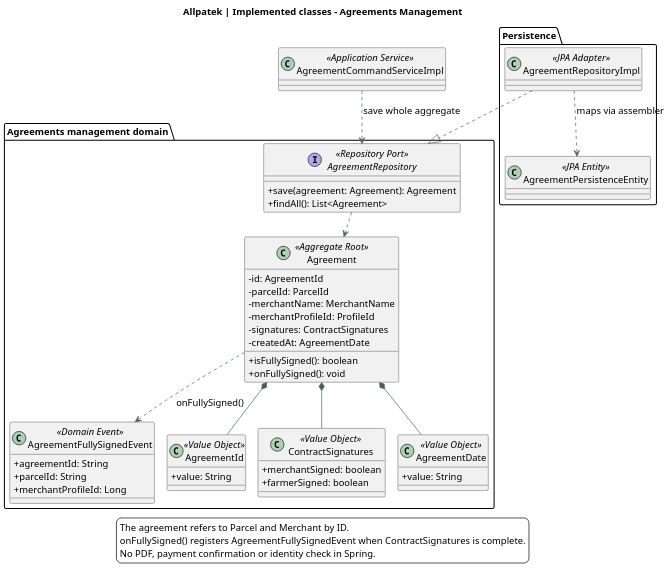
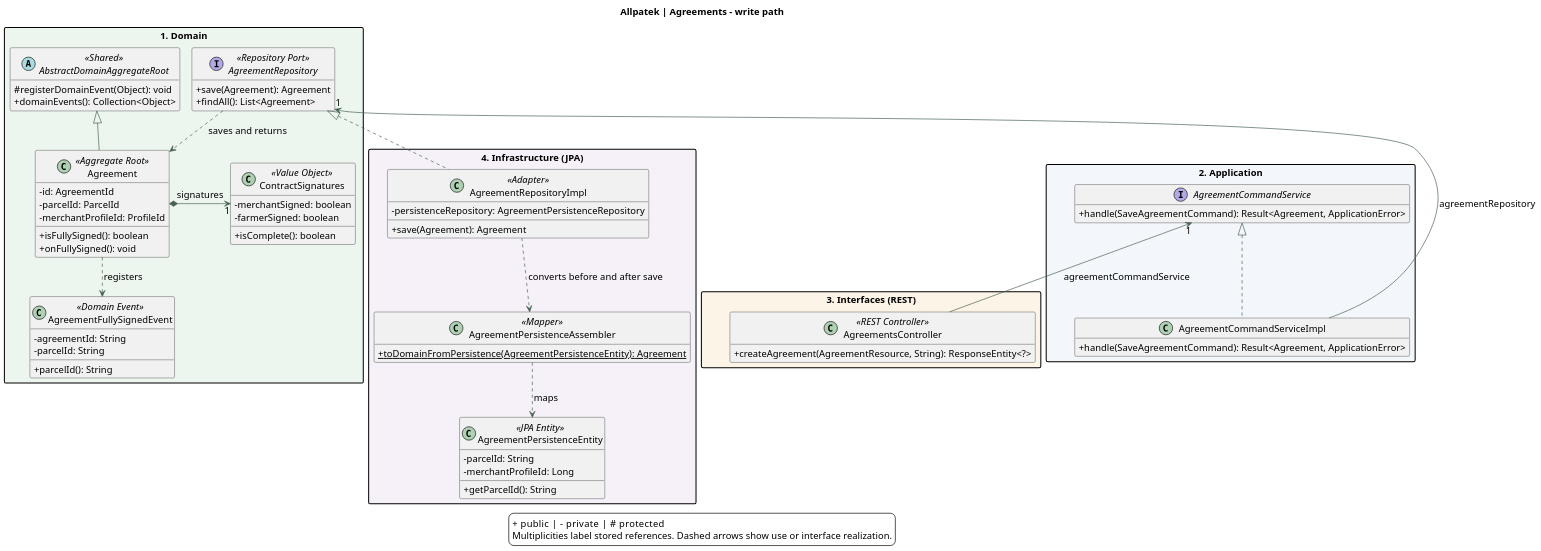
One commit to upc-pre-202620-1asi0729-7753-Terranova/allpatek-report changed the diagram in assets/chapter-04/architecture/10-classes-contracts.puml. Above: the diagram before and after it, drawn with PlantUML. The commit also changed 6 other files, not shown here.

Commit message:
docs(uml): trace agreements classes across the API and webapp

```diff
--- a/assets/chapter-04/architecture/10-classes-contracts.puml
+++ b/assets/chapter-04/architecture/10-classes-contracts.puml
@@ -1,72 +1,86 @@
 @startuml
 !pragma layout smetana
 skinparam backgroundColor white
 skinparam defaultFontName SansSerif
 skinparam defaultFontSize 14
 skinparam shadowing false
 skinparam classAttributeIconSize 0
 skinparam ArrowColor #476050
+skinparam packageStyle rectangle
 skinparam dpi 140
-title Allpatek | Implemented classes - Agreements Management
+hide empty members
 top to bottom direction
+title Allpatek | Agreements - write path
 
-package "Agreements management domain" {
+package "1. Domain" as Domain #ECF6EF {
   class Agreement <<Aggregate Root>> {
     -id: AgreementId
     -parcelId: ParcelId
-    -merchantName: MerchantName
     -merchantProfileId: ProfileId
-    -signatures: ContractSignatures
-    -createdAt: AgreementDate
     +isFullySigned(): boolean
     +onFullySigned(): void
   }
-
-  class AgreementFullySignedEvent <<Domain Event>> {
-    +agreementId: String
-    +parcelId: String
-    +merchantProfileId: Long
+  class ContractSignatures <<Value Object>> {
+    -merchantSigned: boolean
+    -farmerSigned: boolean
+    +isComplete(): boolean
   }
-
-  class AgreementId <<Value Object>> {
-    +value: String
-  }
-
-  class ContractSignatures <<Value Object>> {
-    +merchantSigned: boolean
-    +farmerSigned: boolean
-  }
-
-  class AgreementDate <<Value Object>> {
-    +value: String
-  }
-
   interface AgreementRepository <<Repository Port>> {
-    +save(agreement: Agreement): Agreement
+    +save(Agreement): Agreement
     +findAll(): List<Agreement>
   }
-
-  Agreement *-- AgreementId
-  Agreement *-- ContractSignatures
-  Agreement *-- AgreementDate
-  Agreement ..> AgreementFullySignedEvent : onFullySigned()
-  AgreementRepository ..> Agreement
+  Agreement *-right-> "1" ContractSignatures : signatures
+  AgreementRepository ..> Agreement : saves and returns
+  abstract class AbstractDomainAggregateRoot <<Shared>> {
+    #registerDomainEvent(Object): void
+    +domainEvents(): Collection<Object>
+  }
+  class AgreementFullySignedEvent <<Domain Event>> {
+    -agreementId: String
+    -parcelId: String
+    +parcelId(): String
+  }
+  AbstractDomainAggregateRoot <|-- Agreement
+  Agreement ..> AgreementFullySignedEvent : registers
 }
-
-class AgreementCommandServiceImpl <<Application Service>>
-AgreementCommandServiceImpl ..> AgreementRepository : save whole aggregate
-
-package "Persistence" {
-  class AgreementRepositoryImpl <<JPA Adapter>>
-  class AgreementPersistenceEntity <<JPA Entity>>
-
-  AgreementRepositoryImpl ..> AgreementPersistenceEntity : maps via assembler
+package "2. Application" as Application #F3F6FA {
+  interface AgreementCommandService {
+    +handle(SaveAgreementCommand): Result<Agreement, ApplicationError>
+  }
+  class AgreementCommandServiceImpl {
+    +handle(SaveAgreementCommand): Result<Agreement, ApplicationError>
+  }
+  AgreementCommandService <|.. AgreementCommandServiceImpl
 }
-AgreementRepositoryImpl ..|> AgreementRepository
+package "3. Interfaces (REST)" as Interfaces #FDF4E8 {
+  class AgreementsController <<REST Controller>> {
+    +createAgreement(AgreementResource, String): ResponseEntity<?>
+  }
+}
+package "4. Infrastructure (JPA)" as Infrastructure #F6F1F8 {
+  class AgreementRepositoryImpl <<Adapter>> {
+    -persistenceRepository: AgreementPersistenceRepository
+    +save(Agreement): Agreement
+  }
+  class AgreementPersistenceAssembler <<Mapper>> {
+    {static} +toDomainFromPersistence(AgreementPersistenceEntity): Agreement
+  }
+  class AgreementPersistenceEntity <<JPA Entity>> {
+    -parcelId: String
+    -merchantProfileId: Long
+    +getParcelId(): String
+  }
+  AgreementRepositoryImpl ..> AgreementPersistenceAssembler : converts before and after save
+  AgreementPersistenceAssembler ..> AgreementPersistenceEntity : maps
+}
+AgreementRepository "1" <-- AgreementCommandServiceImpl : agreementRepository
+AgreementRepository <|.. AgreementRepositoryImpl
+AgreementCommandService "1" <-- AgreementsController : agreementCommandService
+Domain -[hidden]down-> Application
+Application -[hidden]down-> Interfaces
 
 legend bottom
-The agreement refers to Parcel and Merchant by ID.
-onFullySigned() registers AgreementFullySignedEvent when ContractSignatures is complete.
-No PDF, payment confirmation or identity check in Spring.
++ public  |  - private  |  # protected
+Multiplicities label stored references. Dashed arrows show use or interface realization.
 endlegend
 @enduml
```
